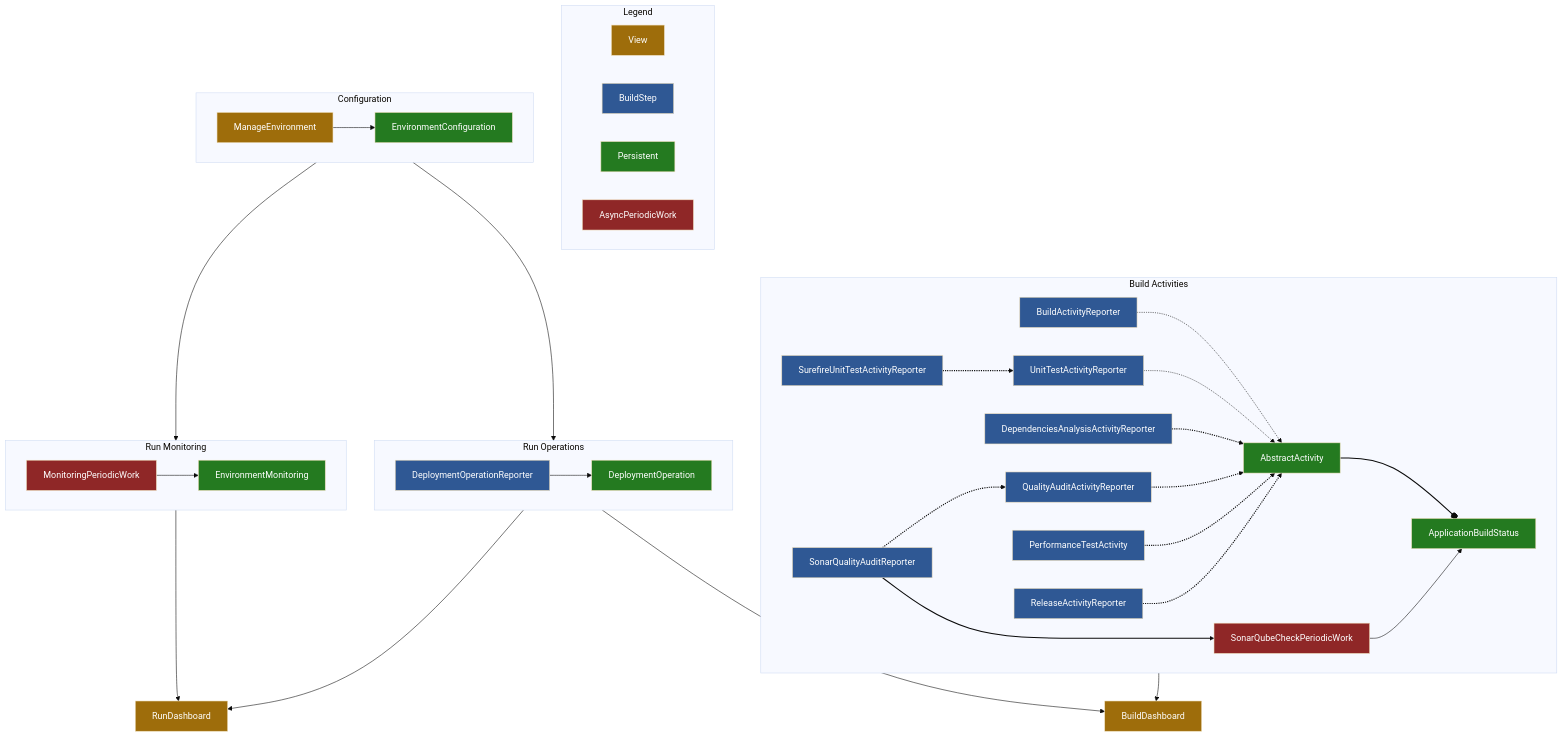
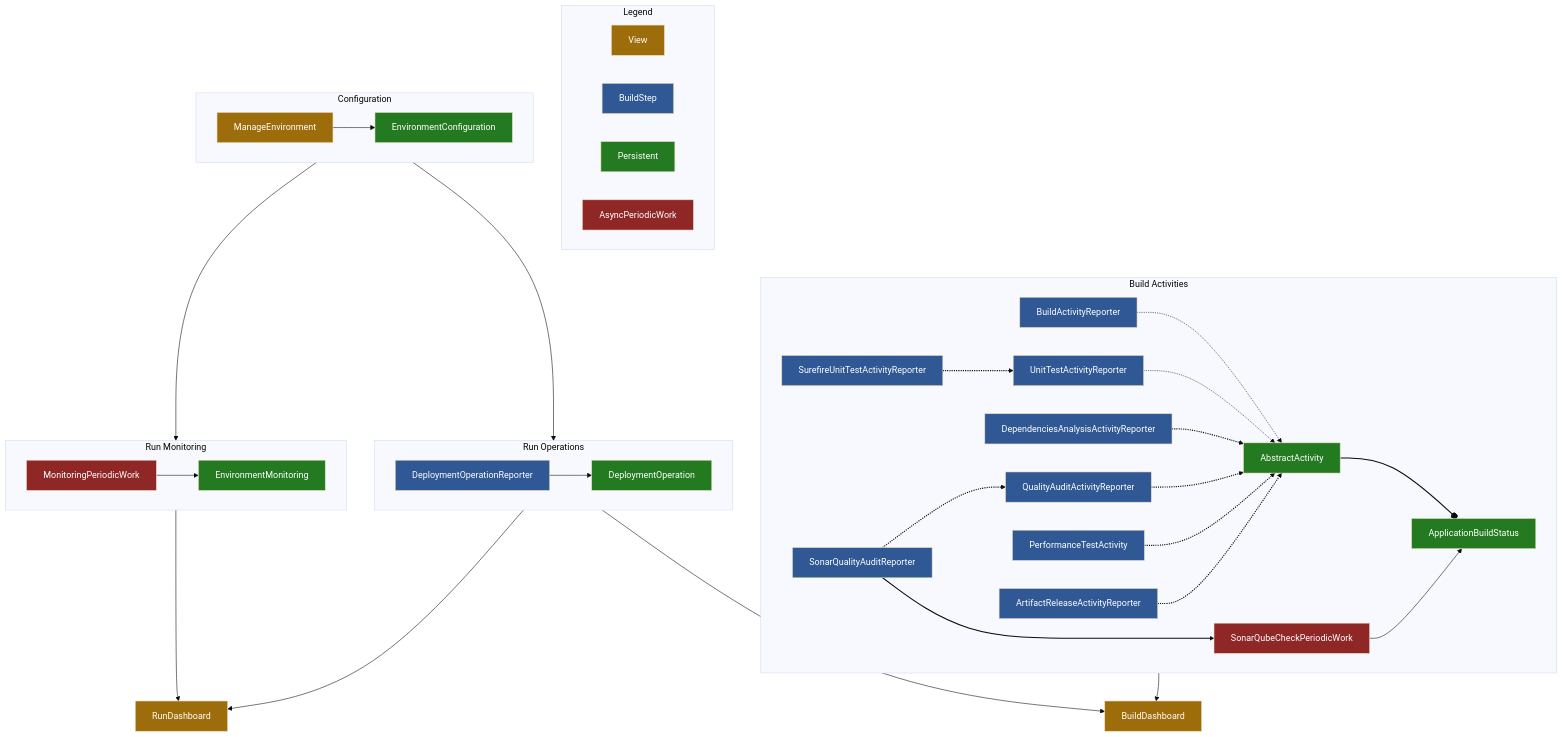
Before and after one commit to jenkinsci/devops-portal-plugin: the diagram in README.md, drawn with Mermaid (base theme). The commit also changed other lines of this file and 3 other files, not shown here.

Commit message:
WIP reportArtifactRelease()

````diff
--- a/README.md
+++ b/README.md
@@ -411,49 +411,49 @@
 ```mermaid
 flowchart TD
 
     subgraph Legend
     View:::view
     BuildStep:::reporter
     Persistent:::entity
     AsyncPeriodicWork:::worker
     end
     
     subgraph Configuration
     ManageEnvironment:::view --> EnvironmentConfiguration:::entity
     end
     
     subgraph BuildActivities[Build Activities]
     BuildActivityReporter:::reporter -.-> AbstractActivity:::entity
     UnitTestActivityReporter:::reporter -.-> AbstractActivity:::entity
     SurefireUnitTestActivityReporter:::reporter -.-> UnitTestActivityReporter:::reporter
     DependenciesAnalysisActivityReporter:::reporter -.-> AbstractActivity:::entity
     QualityAuditActivityReporter:::reporter -.-> AbstractActivity:::entity
     SonarQualityAuditReporter:::reporter -.-> QualityAuditActivityReporter:::reporter
     PerformanceTestActivity:::reporter -.-> AbstractActivity:::entity
-    ReleaseActivityReporter:::reporter -.-> AbstractActivity:::entity
+    ArtifactReleaseActivityReporter:::reporter -.-> AbstractActivity:::entity
     AbstractActivity:::entity --o ApplicationBuildStatus:::entity
     SonarQualityAuditReporter:::reporter --> SonarQubeCheckPeriodicWork:::worker
     SonarQubeCheckPeriodicWork:::worker --> ApplicationBuildStatus:::entity
     end
 
     subgraph RunOperations[Run Operations]
     DeploymentOperationReporter:::reporter --> DeploymentOperation:::entity
     end
     
     subgraph RunMonitoring[Run Monitoring]
     MonitoringPeriodicWork:::worker --> EnvironmentMonitoring:::entity
     end
    
     Configuration --> RunOperations
     Configuration --> RunMonitoring
     RunOperations --> RunDashboard:::view
     RunMonitoring --> RunDashboard:::view
     BuildActivities --> BuildDashboard:::view
     RunOperations --> BuildDashboard:::view
     
     classDef view fill:#9e6d0b,color:#fff
     classDef reporter fill:#2f5894,color:#fff
     classDef entity fill:#247a20,color:#fff
     classDef worker fill:#8f2727,color:#fff
     linkStyle 3,4,5,6,7,8,9,10 stroke-width:2px,fill:none
 ```
````
